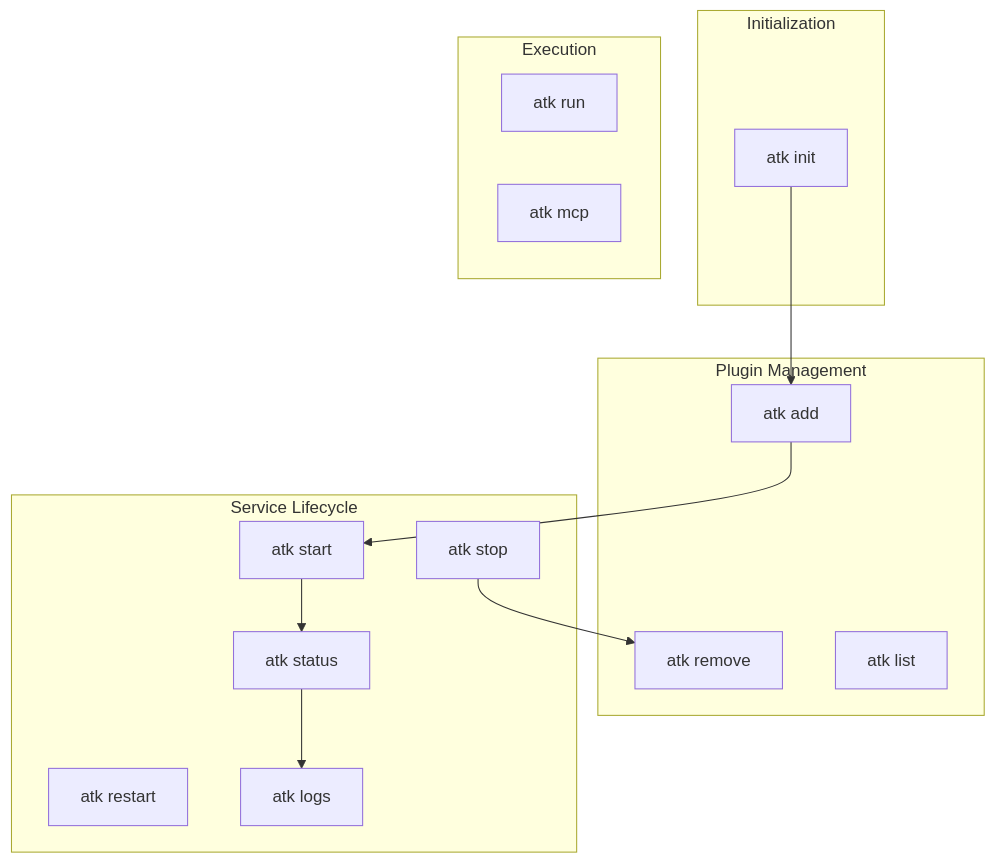
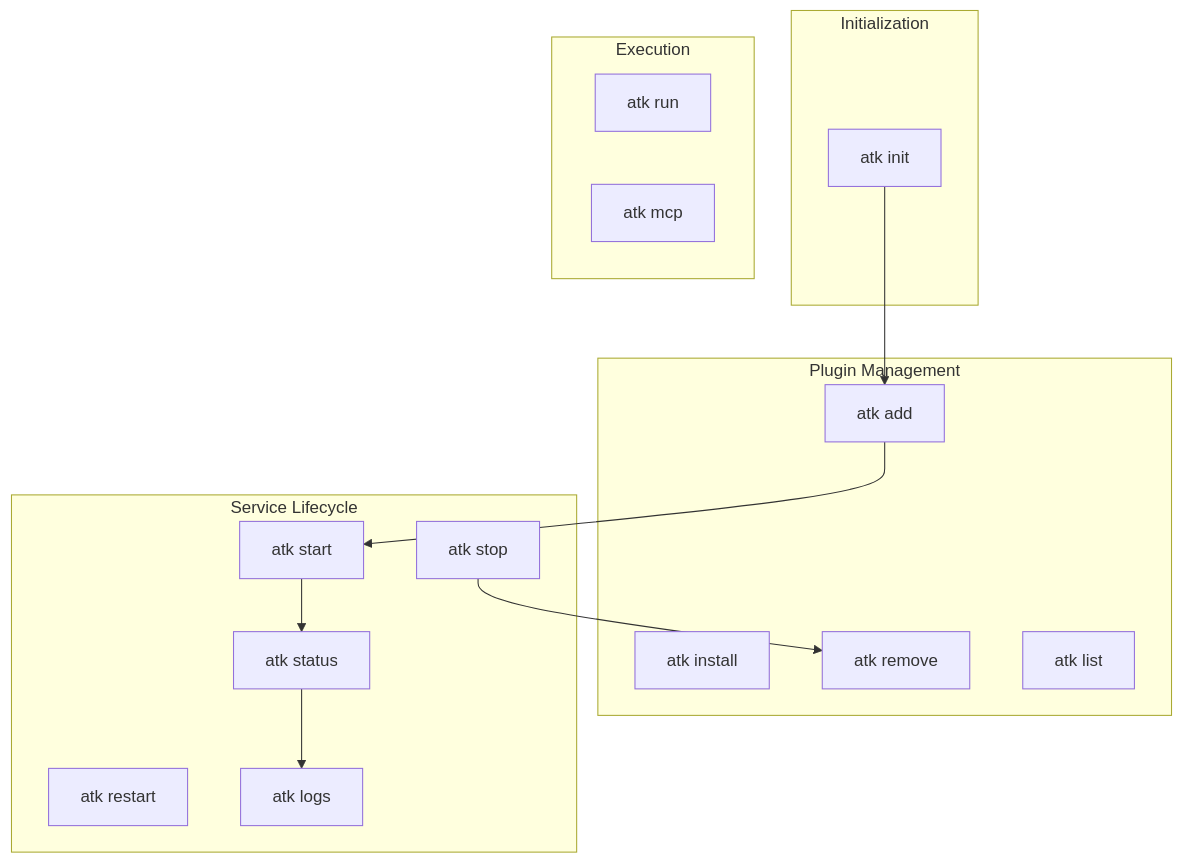
Before and after one commit to Svtoo/atk: the diagram in docs/specs/commands-spec.md, drawn with Mermaid. The commit also changed other lines of this file and 1 other file, not shown here.

First line of the commit message:
docs: Add atk install command for update/bootstrap workflow

````diff
--- a/docs/specs/commands-spec.md
+++ b/docs/specs/commands-spec.md
@@ -36,31 +36,32 @@
 ```mermaid
 flowchart TB
     subgraph Init["Initialization"]
         init[atk init]
     end
 
     subgraph Manage["Plugin Management"]
         add[atk add]
+        install[atk install]
         remove[atk remove]
         list[atk list]
     end
 
     subgraph Lifecycle["Service Lifecycle"]
         start[atk start]
         stop[atk stop]
         restart[atk restart]
         status[atk status]
         logs[atk logs]
     end
 
     subgraph Execute["Execution"]
         run[atk run]
         mcp[atk mcp]
     end
 
     init --> add
     add --> start
     start --> status
     status --> logs
     stop --> remove
 ```
````
